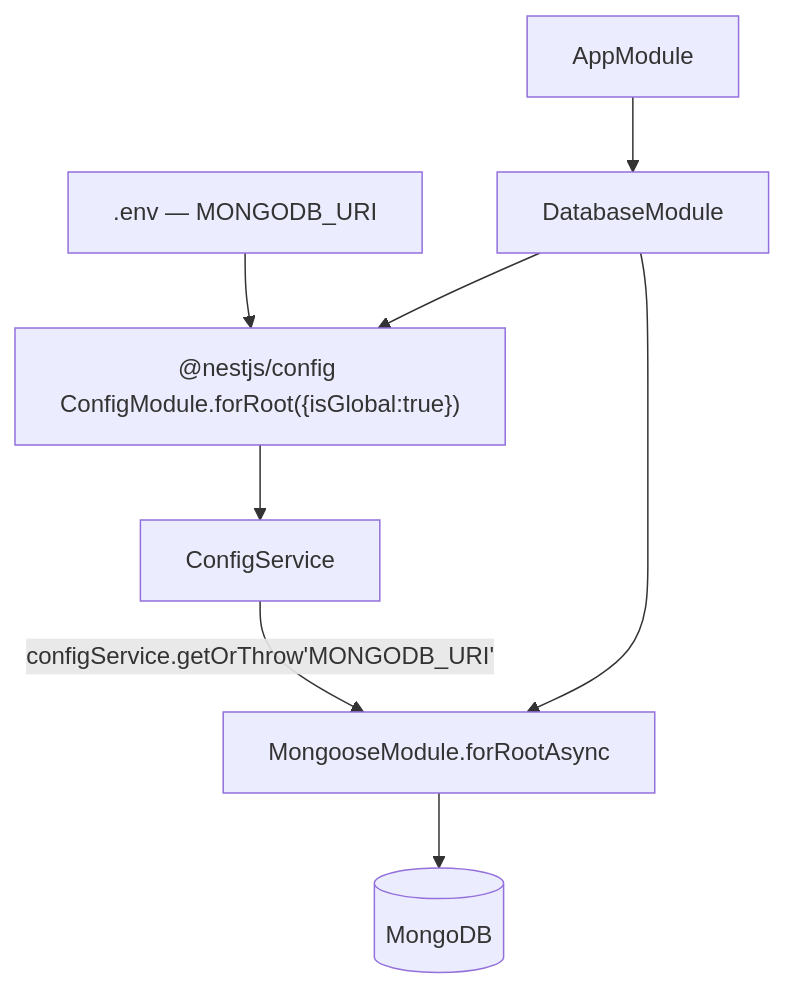
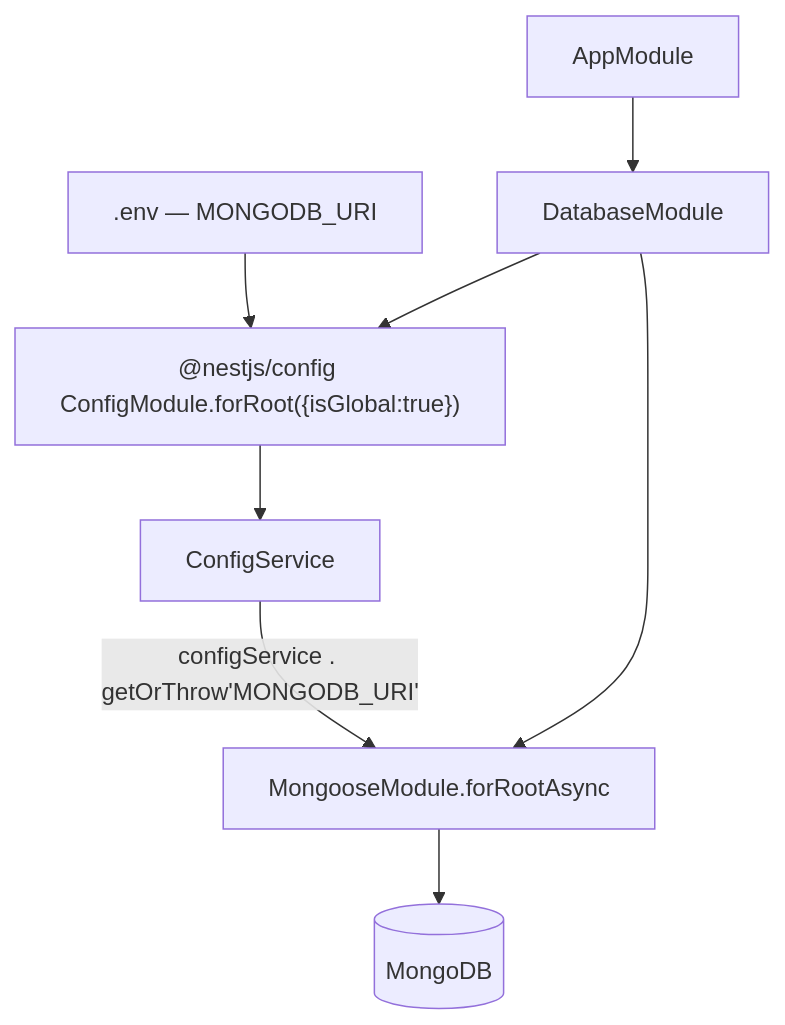
Before and after one commit to amirazadehranjbar/nestjs-microservices-scaleable: the second of 3 diagrams in README.md, drawn with Mermaid. The commit also changed other lines of this file and 24 other files, not shown here.

````diff
--- a/README.md
+++ b/README.md
@@ -111,10 +128,10 @@
 ```mermaid
 flowchart TD
     ENV[.env — MONGODB_URI] --> CFG["@nestjs/config ConfigModule.forRoot({isGlobal:true})"]
-    CFG --> CS[ConfigService]
-    CS -->|configService.getOrThrow'MONGODB_URI'| MG["MongooseModule.forRootAsync"]
-    MG --> DB[(MongoDB)]
-    AppModule --> DatabaseModule
-    DatabaseModule --> CFG
-    DatabaseModule --> MG
+CFG --> CS[ConfigService]
+CS -->|configService . getOrThrow'MONGODB_URI'|MG["MongooseModule.forRootAsync"]
+MG --> DB[(MongoDB)]
+AppModule --> DatabaseModule
+DatabaseModule --> CFG
+DatabaseModule --> MG
 ```
````
